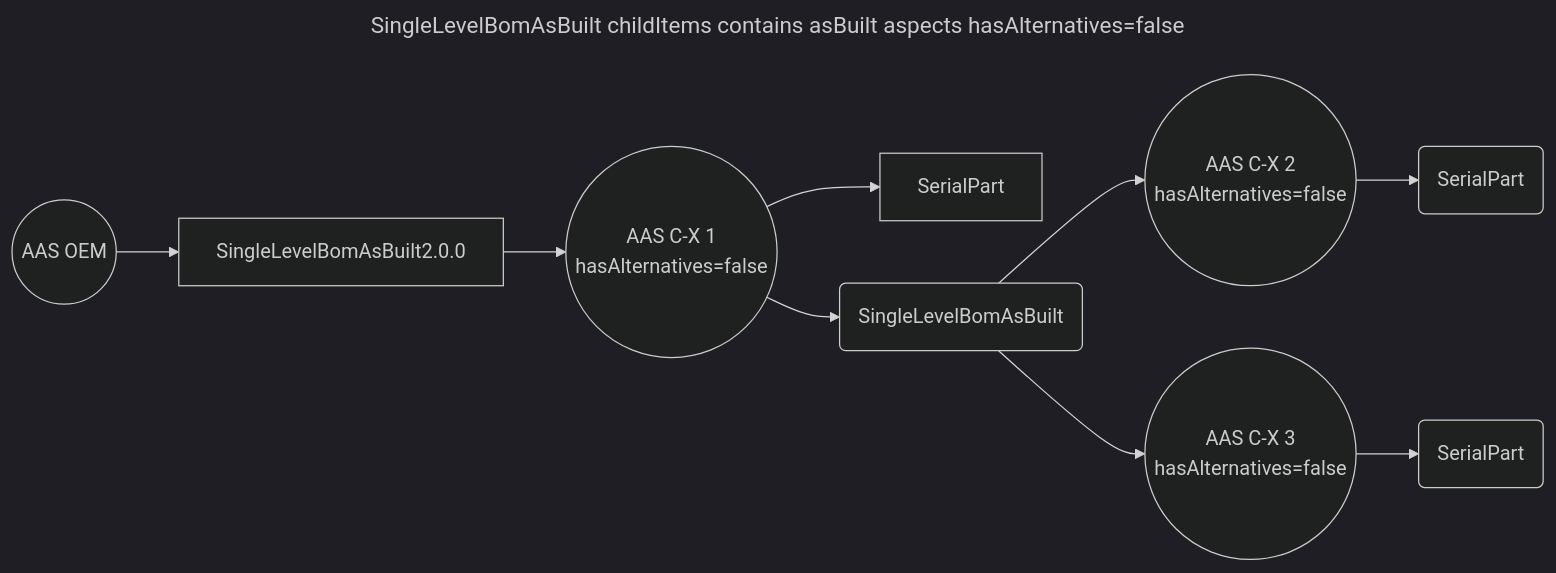
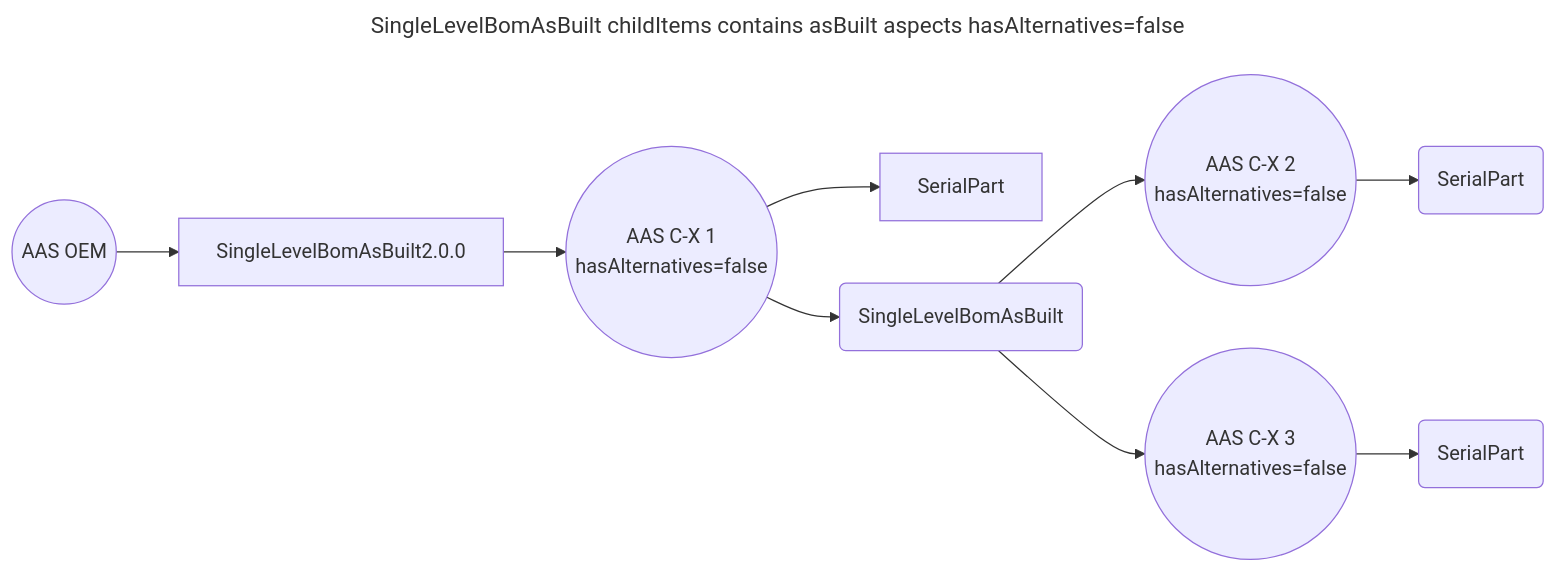
Before and after one commit to eclipse-tractusx/item-relationship-service: the first of 3 diagrams in docs/concept/#212-Update-of-aspect-model-SingleLevelBomAsBuilt-2_0_0/#212-Update-SingleLevelBomAsBuilt-2-0-0.md, drawn with Mermaid. The commit also changed other lines of this file, not shown here.

Commit message:
docs(concept): [#212] Change linebreaks to newline for circle descriptions, remove init

`````diff
--- a/docs/concept/#212-Update-of-aspect-model-SingleLevelBomAsBuilt-2_0_0/#212-Update-SingleLevelBomAsBuilt-2-0-0.md
+++ b/docs/concept/#212-Update-of-aspect-model-SingleLevelBomAsBuilt-2_0_0/#212-Update-SingleLevelBomAsBuilt-2-0-0.md
@@ -87,21 +87,16 @@
-````mermaid
+```mermaid
 ---
-title: SingleLevelBomAsBuilt childItems contains asBuilt aspects hasAlternatives=false 
+title: SingleLevelBomAsBuilt childItems contains asBuilt aspects hasAlternatives=false
 ---
-%%{init: { 'fontFamily': 'Architects daughter', 'theme': 'dark' , 'curve' : 'linear'} }%%
 flowchart LR
-    s1((AAS C-X 1 
-        hasAlternatives=false))
+    s1((AAS C-X 1 \n hasAlternatives=false))
     SingleLevelBomAsBuilt[SingleLevelBomAsBuilt2.0.0]
-    aas((AAS OEM)) --> 
+    aas((AAS OEM)) --> SingleLevelBomAsBuilt
     SingleLevelBomAsBuilt --> s1
     s1 --> SerialPart
     s1 --> SingleLevelBomAsBuilt2
-    SingleLevelBomAsBuilt2(SingleLevelBomAsBuilt) --> s4((AAS C-X 2
-        hasAlternatives=false))
+    SingleLevelBomAsBuilt2(SingleLevelBomAsBuilt) --> s4((AAS C-X 2 \n hasAlternatives=false))
     s4 --> SerialPart3(SerialPart)
-    SingleLevelBomAsBuilt2 --> s5((AAS C-X 3
-        hasAlternatives=false))
+    SingleLevelBomAsBuilt2 --> s5((AAS C-X 3 \n hasAlternatives=false))
     s5 --> SerialPart2(SerialPart)
-
-````
+```
`````
